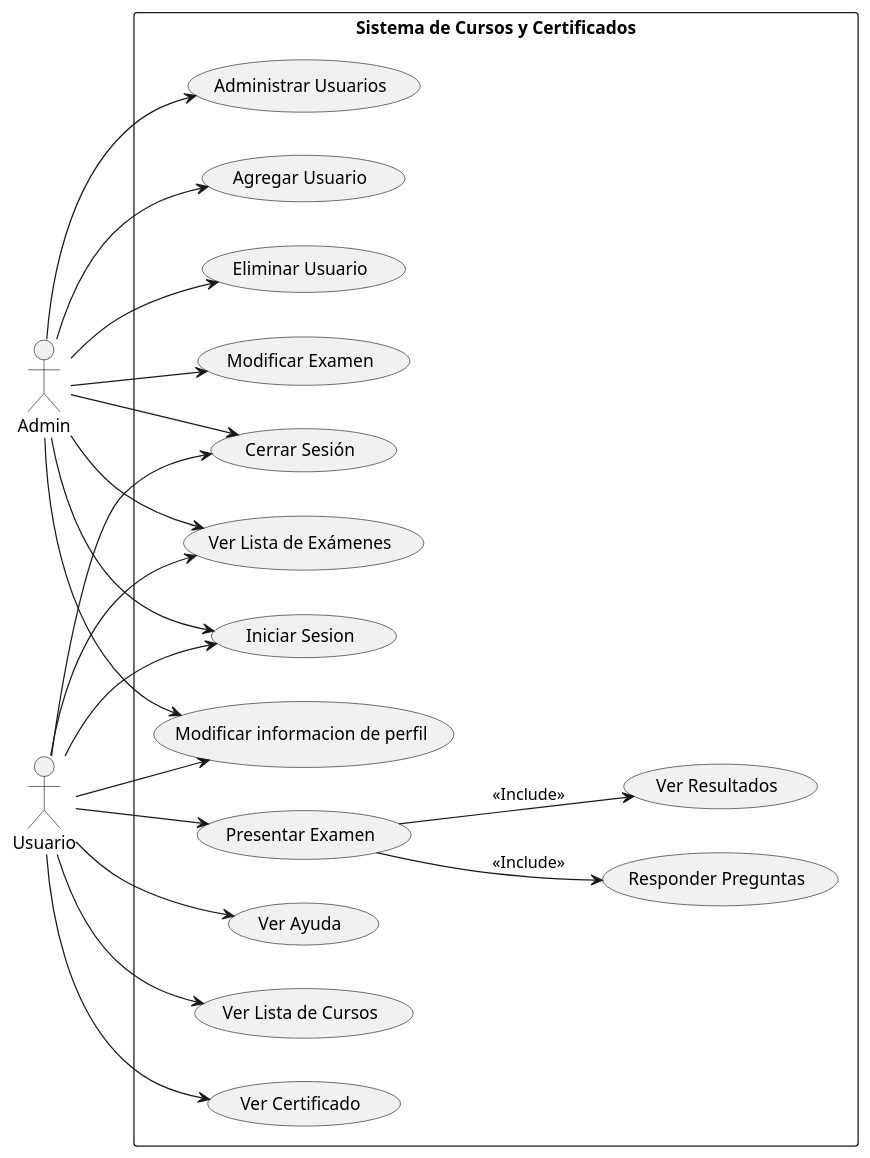
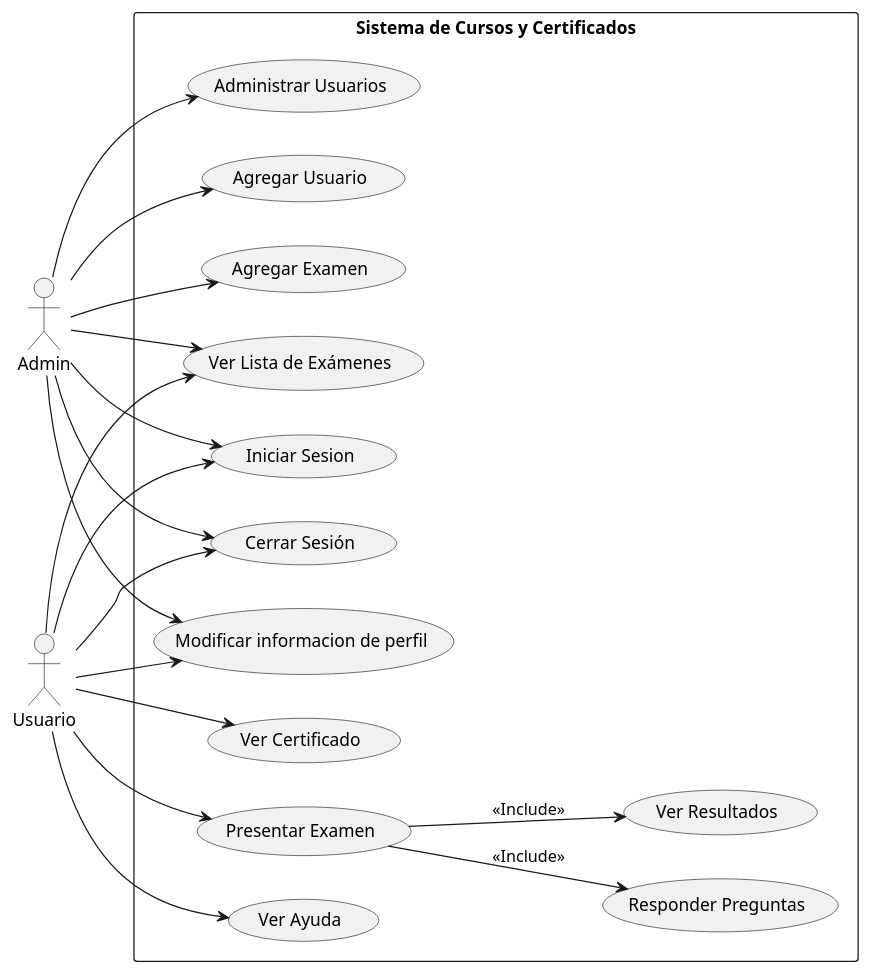
Before and after one commit to Carverz/IS-022023_Proyecto-Grupo-4: the diagram in docs/scenariosView/DiagramaCasosDeUsos.plantuml, drawn with PlantUML. The commit also changed 1 other file, not shown here.

Commit message:
Modificacion DiagramaCasosDeUsos

```diff
--- a/docs/scenariosView/DiagramaCasosDeUsos.plantuml
+++ b/docs/scenariosView/DiagramaCasosDeUsos.plantuml
@@ -1,33 +1,27 @@
-@startuml
+@startuml DiagramaCasosDeUsos
 left to right direction
 
 actor Admin as A
 actor Usuario as U1
 
 rectangle "Sistema de Cursos y Certificados" {
   
   A --> (Iniciar Sesion)
   A --> (Cerrar Sesión)
   A --> (Administrar Usuarios)
   A --> (Agregar Usuario)
-  A --> (Eliminar Usuario)
   A --> (Ver Lista de Exámenes)
-  A --> (Modificar Examen)
-  A --> (Modificar informacion de perfil)
+  A --> (Agregar Examen)
+  A --> (Modificar informacion de perfil) 
   U1 --> (Iniciar Sesion)
   U1 --> (Cerrar Sesión)
   U1 --> (Ver Ayuda)
-  U1 --> (Ver Lista de Cursos)
   U1 --> (Ver Lista de Exámenes)
   U1 --> (Ver Certificado)
   U1 --> (Presentar Examen) 
   (Presentar Examen)  --> (Responder Preguntas): <<Include>>
   (Presentar Examen) --> (Ver Resultados): <<Include>>
   U1--> (Modificar informacion de perfil)
-
-
-  
-
 }
 
 @enduml
```
